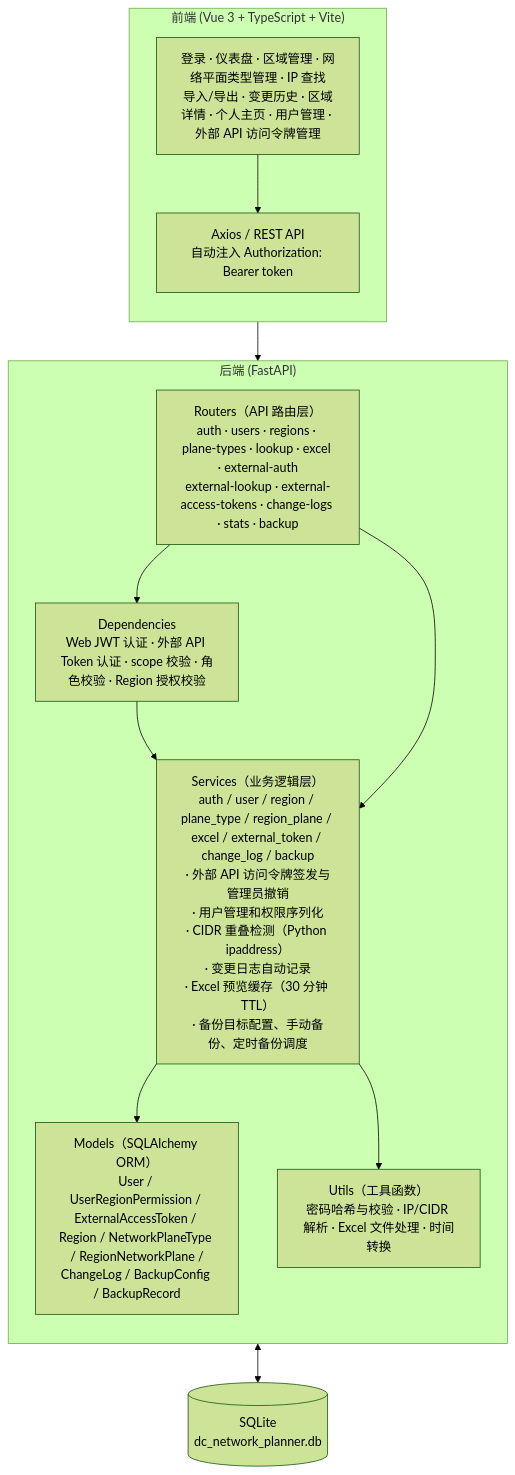
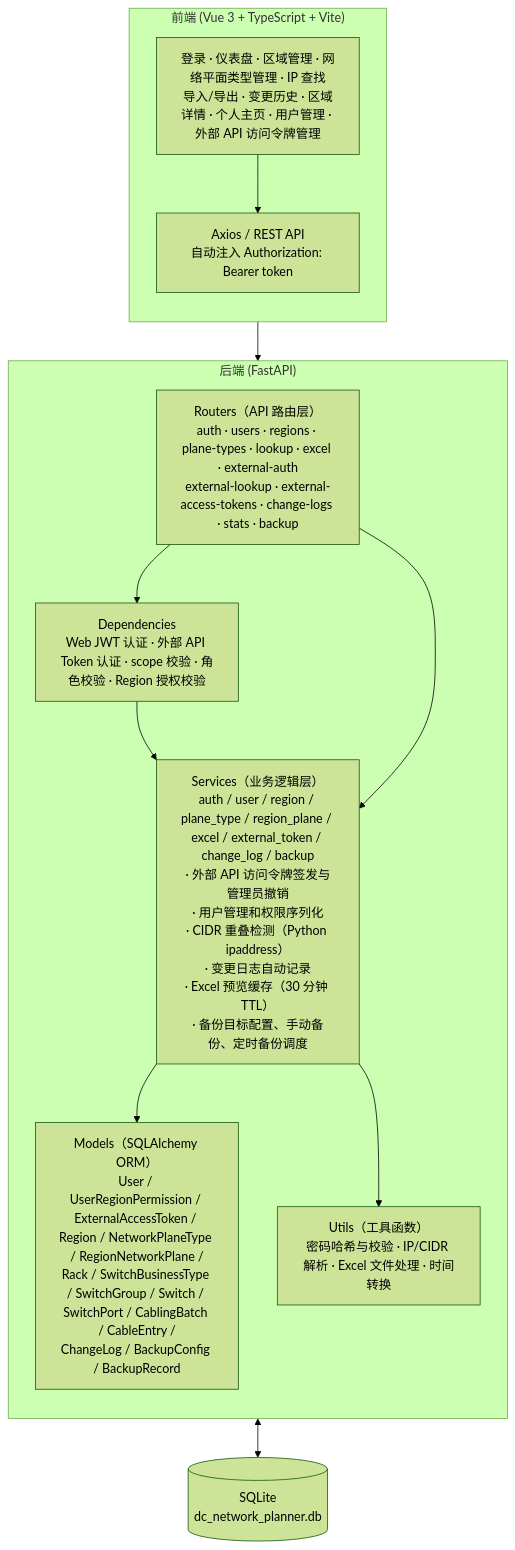
The first of 5 diagrams in SYSTEM_DESIGN.md (zhou-xingxing/dc-network-planner), drawn with Mermaid (forest theme) before and after one commit. The commit also changed other lines of this file and 10 other files, not shown here.

````diff
--- a/SYSTEM_DESIGN.md
+++ b/SYSTEM_DESIGN.md
@@ -41,27 +41,27 @@
 ```mermaid
 graph TB
     subgraph Frontend["前端 (Vue 3 + TypeScript + Vite)"]
         direction TB
         FE_Pages["登录 · 仪表盘 · 区域管理 · 网络平面类型管理 · IP 查找<br/>导入/导出 · 变更历史 · 区域详情 · 个人主页 · 用户管理 · 外部 API 访问令牌管理"]
         FE_Axios["Axios / REST API<br/>自动注入 Authorization: Bearer token"]
         FE_Pages --> FE_Axios
     end
 
     subgraph Backend["后端 (FastAPI)"]
         direction TB
         Routers["Routers（API 路由层）<br/>auth · users · regions · plane-types · lookup · excel · external-auth<br/>external-lookup · external-access-tokens · change-logs · stats · backup"]
         Deps["Dependencies<br/>Web JWT 认证 · 外部 API Token 认证 · scope 校验 · 角色校验 · Region 授权校验"]
         Services["Services（业务逻辑层）<br/>auth / user / region / plane_type / region_plane / excel / external_token / change_log / backup<br/>· 外部 API 访问令牌签发与管理员撤销<br/>· 用户管理和权限序列化<br/>· CIDR 重叠检测（Python ipaddress）<br/>· 变更日志自动记录<br/>· Excel 预览缓存（30 分钟 TTL）<br/>· 备份目标配置、手动备份、定时备份调度"]
         Utils["Utils（工具函数）<br/>密码哈希与校验 · IP/CIDR 解析 · Excel 文件处理 · 时间转换"]
-        Models["Models（SQLAlchemy ORM）<br/>User / UserRegionPermission / ExternalAccessToken / Region / NetworkPlaneType / RegionNetworkPlane /<br/>ChangeLog / BackupConfig / BackupRecord"]
+        Models["Models（SQLAlchemy ORM）<br/>User / UserRegionPermission / ExternalAccessToken / Region / NetworkPlaneType / RegionNetworkPlane /<br/>Rack / SwitchBusinessType / SwitchGroup / Switch / SwitchPort / CablingBatch / CableEntry /<br/>ChangeLog / BackupConfig / BackupRecord"]
         Routers --> Deps
         Deps --> Services
         Routers --> Services --> Models
         Services --> Utils
     end
 
     DB[("SQLite<br/>dc_network_planner.db")]
 
     FE_Axios --> Routers
     Models <--> DB
 ```
````
